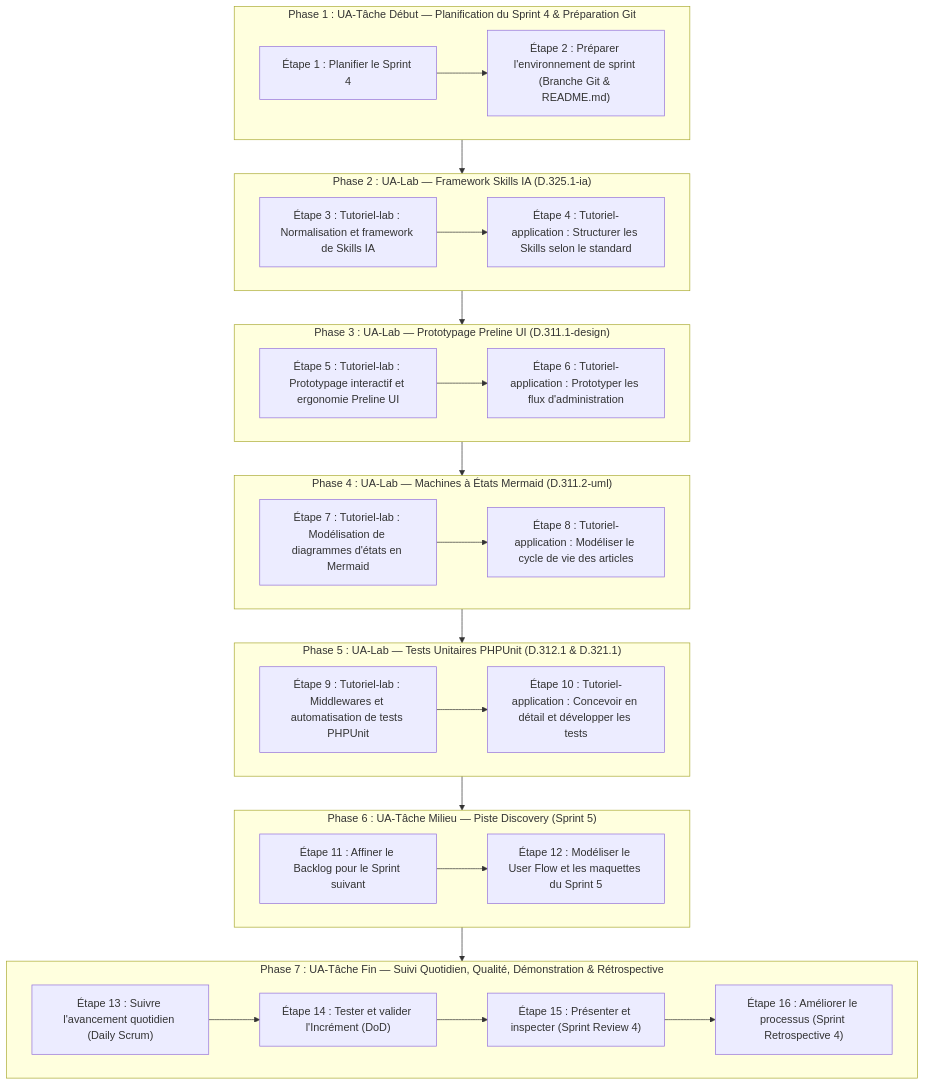
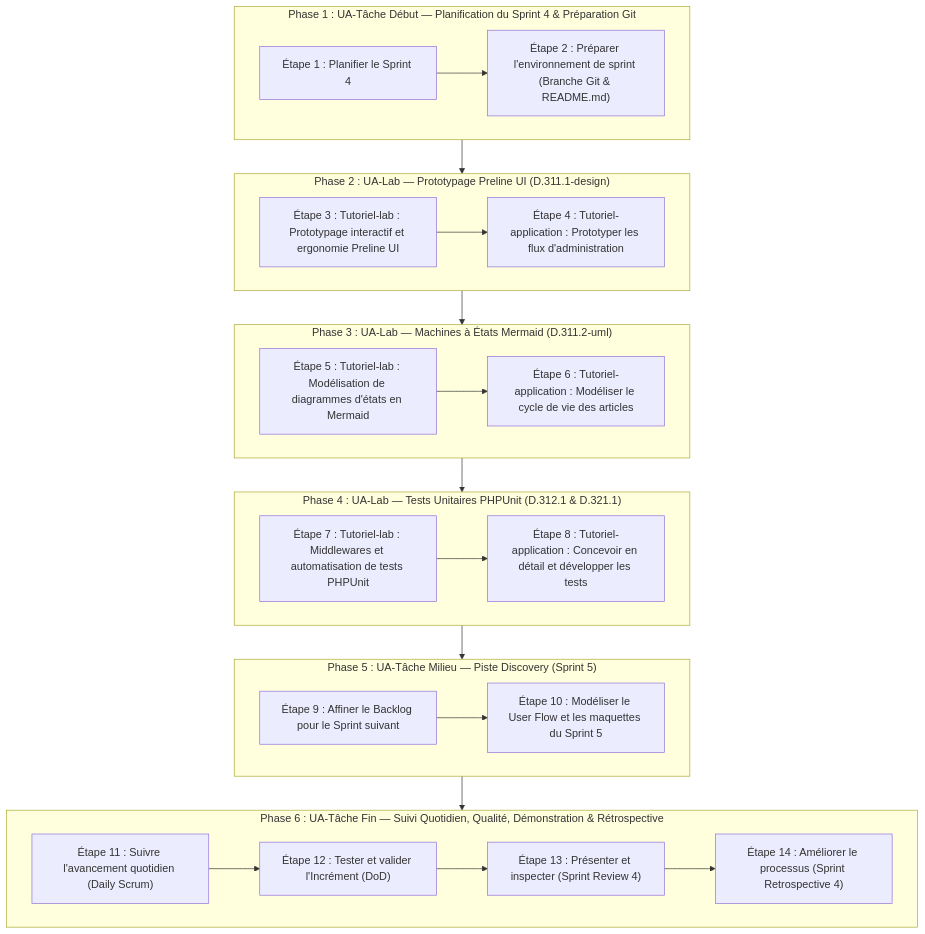
One commit to labs-web/projet-imiation-n3 changed the diagram in flux-travail/sessions/flux-travail-s4.md. Above: the diagram before and after it, drawn with Mermaid. The commit also changed other lines of this file and 5 other files, not shown here.

````diff
--- a/flux-travail/sessions/flux-travail-s4.md
+++ b/flux-travail/sessions/flux-travail-s4.md
@@ -59,48 +56,42 @@
 ```mermaid
 flowchart TD
     subgraph P1 ["Phase 1 : UA-Tâche Début — Planification du Sprint 4 & Préparation Git"]
         E1["Étape 1 : Planifier le Sprint 4"]
         E2["Étape 2 : Préparer l'environnement de sprint (Branche Git & README.md)"]
         E1 --> E2
     end
 
-    subgraph P2 ["Phase 2 : UA-Lab — Framework Skills IA (D.325.1-ia)"]
-        E3["Étape 3 : Tutoriel-lab : Normalisation et framework de Skills IA"]
-        E4["Étape 4 : Tutoriel-application : Structurer les Skills selon le standard"]
+    subgraph P2 ["Phase 2 : UA-Lab — Prototypage Preline UI (D.311.1-design)"]
+        E3["Étape 3 : Tutoriel-lab : Prototypage interactif et ergonomie Preline UI"]
+        E4["Étape 4 : Tutoriel-application : Prototyper les flux d'administration"]
         E3 --> E4
     end
 
-    subgraph P3 ["Phase 3 : UA-Lab — Prototypage Preline UI (D.311.1-design)"]
-        E5["Étape 5 : Tutoriel-lab : Prototypage interactif et ergonomie Preline UI"]
-        E6["Étape 6 : Tutoriel-application : Prototyper les flux d'administration"]
+    subgraph P3 ["Phase 3 : UA-Lab — Machines à États Mermaid (D.311.2-uml)"]
+        E5["Étape 5 : Tutoriel-lab : Modélisation de diagrammes d'états en Mermaid"]
+        E6["Étape 6 : Tutoriel-application : Modéliser le cycle de vie des articles"]
         E5 --> E6
     end
 
-    subgraph P4 ["Phase 4 : UA-Lab — Machines à États Mermaid (D.311.2-uml)"]
-        E7["Étape 7 : Tutoriel-lab : Modélisation de diagrammes d'états en Mermaid"]
-        E8["Étape 8 : Tutoriel-application : Modéliser le cycle de vie des articles"]
+    subgraph P4 ["Phase 4 : UA-Lab — Tests Unitaires PHPUnit (D.312.1 & D.321.1)"]
+        E7["Étape 7 : Tutoriel-lab : Middlewares et automatisation de tests PHPUnit"]
+        E8["Étape 8 : Tutoriel-application : Concevoir en détail et développer les tests"]
         E7 --> E8
     end
 
-    subgraph P5 ["Phase 5 : UA-Lab — Tests Unitaires PHPUnit (D.312.1 & D.321.1)"]
-        E9["Étape 9 : Tutoriel-lab : Middlewares et automatisation de tests PHPUnit"]
-        E10["Étape 10 : Tutoriel-application : Concevoir en détail et développer les tests"]
+    subgraph P5 ["Phase 5 : UA-Tâche Milieu — Piste Discovery (Sprint 5)"]
+        E9["Étape 9 : Affiner le Backlog pour le Sprint suivant"]
+        E10["Étape 10 : Modéliser le User Flow et les maquettes du Sprint 5"]
         E9 --> E10
     end
 
-    subgraph P6 ["Phase 6 : UA-Tâche Milieu — Piste Discovery (Sprint 5)"]
-        E11["Étape 11 : Affiner le Backlog pour le Sprint suivant"]
-        E12["Étape 12 : Modéliser le User Flow et les maquettes du Sprint 5"]
-        E11 --> E12
+    subgraph P6 ["Phase 6 : UA-Tâche Fin — Suivi Quotidien, Qualité, Démonstration & Rétrospective"]
+        E11["Étape 11 : Suivre l'avancement quotidien (Daily Scrum)"]
+        E12["Étape 12 : Tester et valider l'Incrément (DoD)"]
+        E13["Étape 13 : Présenter et inspecter (Sprint Review 4)"]
+        E14["Étape 14 : Améliorer le processus (Sprint Retrospective 4)"]
+        E11 --> E12 --> E13 --> E14
     end
 
-    subgraph P7 ["Phase 7 : UA-Tâche Fin — Suivi Quotidien, Qualité, Démonstration & Rétrospective"]
-        E13["Étape 13 : Suivre l'avancement quotidien (Daily Scrum)"]
-        E14["Étape 14 : Tester et valider l'Incrément (DoD)"]
-        E15["Étape 15 : Présenter et inspecter (Sprint Review 4)"]
-        E16["Étape 16 : Améliorer le processus (Sprint Retrospective 4)"]
-        E13 --> E14 --> E15 --> E16
-    end
-
-    P1 --> P2 --> P3 --> P4 --> P5 --> P6 --> P7
+    P1 --> P2 --> P3 --> P4 --> P5 --> P6
 ```
````
